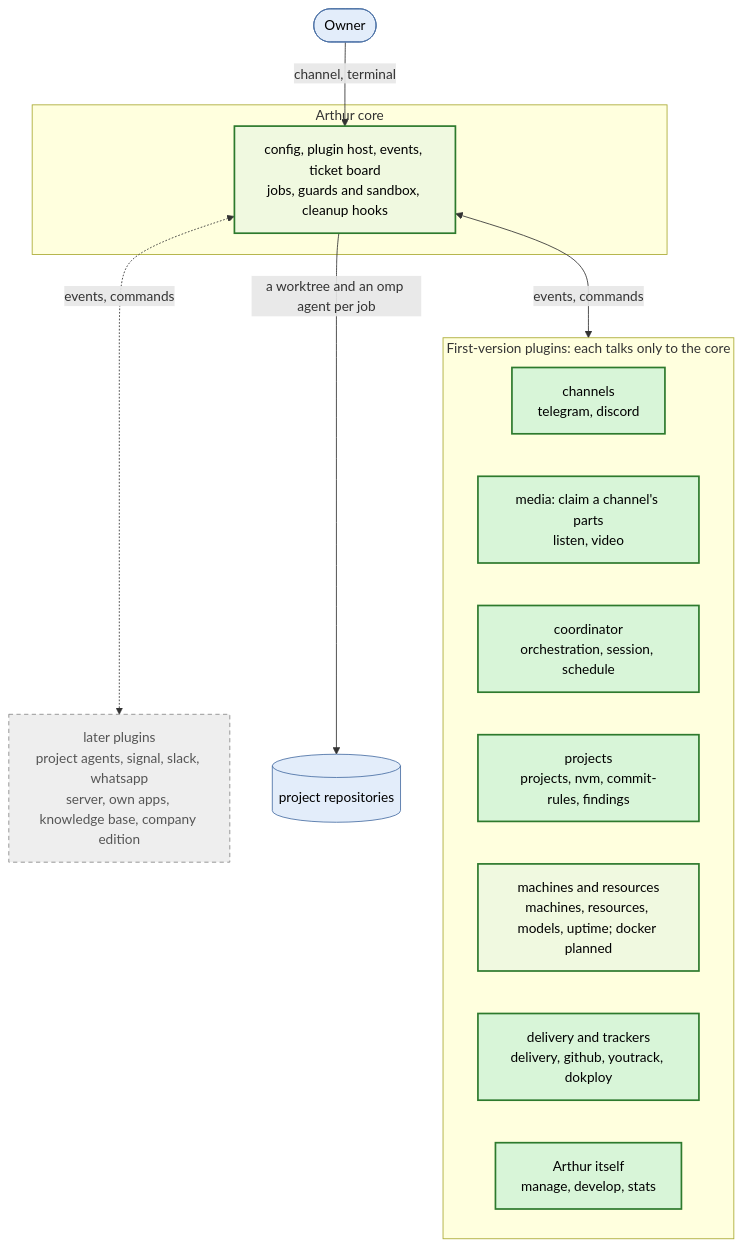
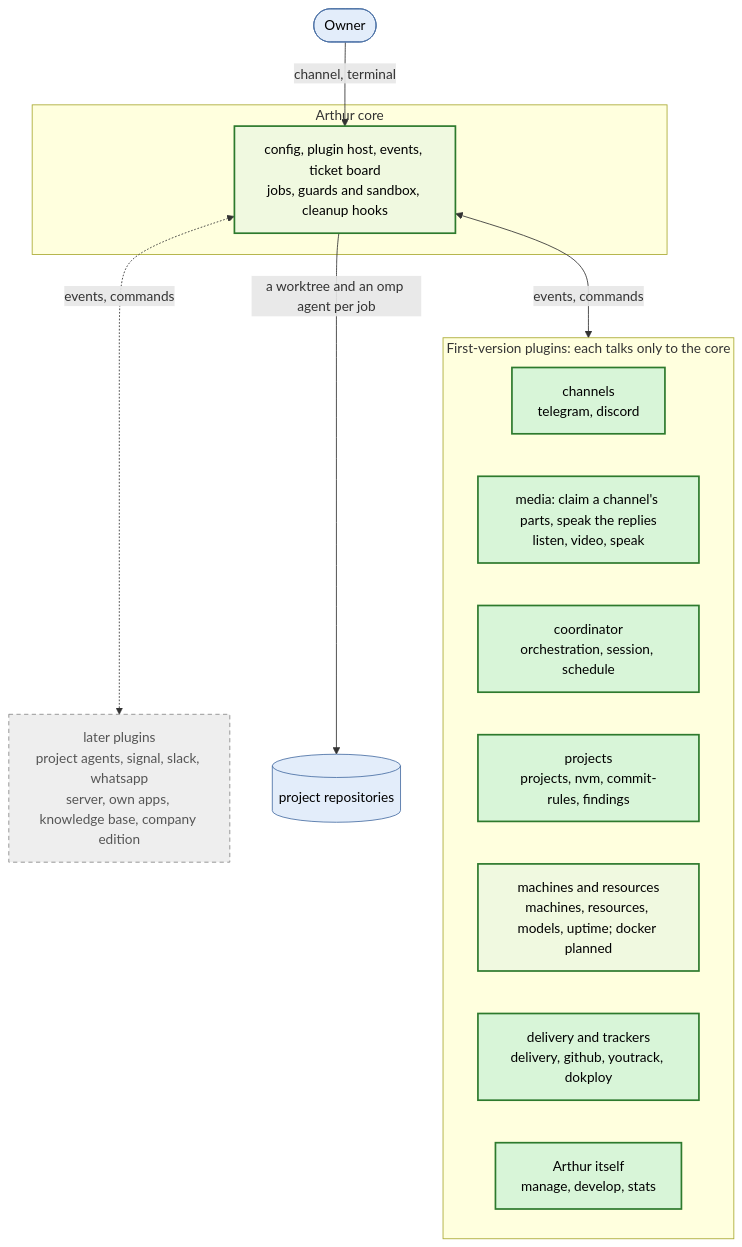
The diagram in README.md (kacperadler/arthur), drawn with Mermaid before and after one commit. The commit also changed other lines of this file and 12 other files, not shown here.

````diff
--- a/README.md
+++ b/README.md
@@ -61,28 +62,28 @@
 ```mermaid
 flowchart TD
   owner([Owner]) -->|channel, terminal| core
   subgraph CORE[Arthur core]
     core[config, plugin host, events, ticket board<br/>jobs, guards and sandbox, cleanup hooks]
   end
   subgraph FIRST[First-version plugins: each talks only to the core]
     chan[channels<br/>telegram, discord]
-    media[media: claim a channel's parts<br/>listen, video]
+    media[media: claim a channel's parts, speak the replies<br/>listen, video, speak]
     coord[coordinator<br/>orchestration, session, schedule]
     proj[projects<br/>projects, nvm, commit-rules, findings]
     res[machines and resources<br/>machines, resources, models, uptime; docker planned]
     deliv[delivery and trackers<br/>delivery, github, youtrack, dokploy]
     self[Arthur itself<br/>manage, develop, stats]
   end
   later[later plugins<br/>project agents, signal, slack, whatsapp<br/>server, own apps, knowledge base, company edition]
   core <-->|events, commands| FIRST
   core <-.->|events, commands| later
   core -->|a worktree and an omp agent per job| repos[(project repositories)]
   classDef built fill:#d8f5d8,stroke:#2d7a2d,stroke-width:2px,color:#000;
   classDef partial fill:#f0f9e0,stroke:#2d7a2d,stroke-width:2px,color:#000;
   classDef planned fill:#eee,stroke:#888,stroke-dasharray:5 4,color:#555;
   classDef outside fill:#e3edfa,stroke:#4a6fa5,color:#000;
   class coord,proj,self,media,chan,deliv built;
   class core,res partial;
   class later planned;
   class owner,repos outside;
 ```
````
